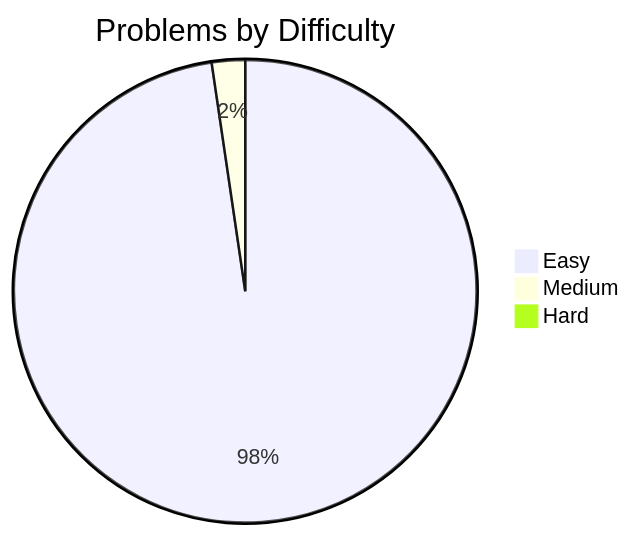
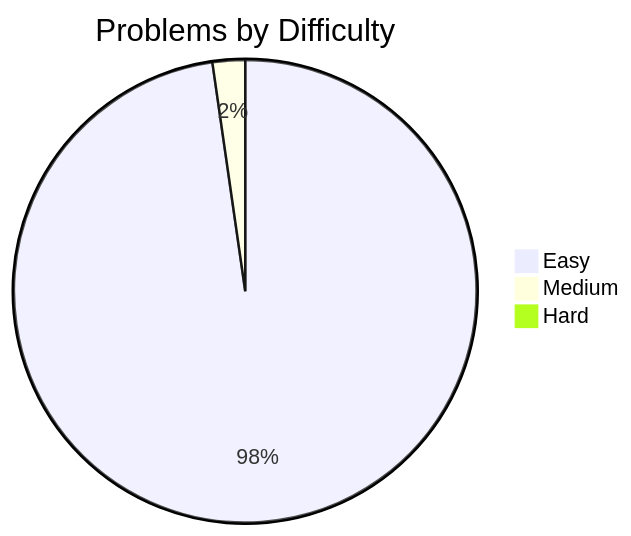
The diagram in README.md (davelin18yufan/leetcode-journal), drawn with Mermaid before and after one commit. The commit also changed other lines of this file and 4 other files, not shown here.

````diff
--- a/README.md
+++ b/README.md
@@ -7,7 +7,7 @@
 ```mermaid
 pie
     title Problems by Difficulty
-    "Easy" : 42
+    "Easy" : 43
     "Medium" : 1
     "Hard" : 0
 ```
````
